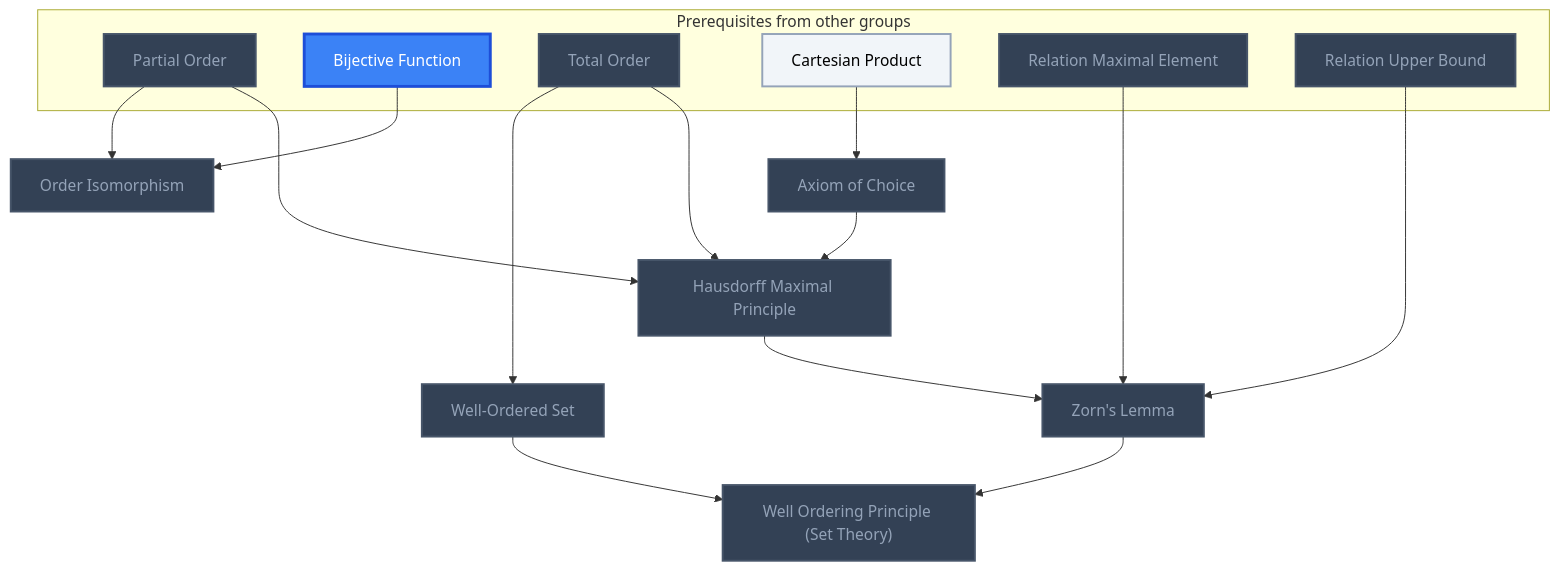
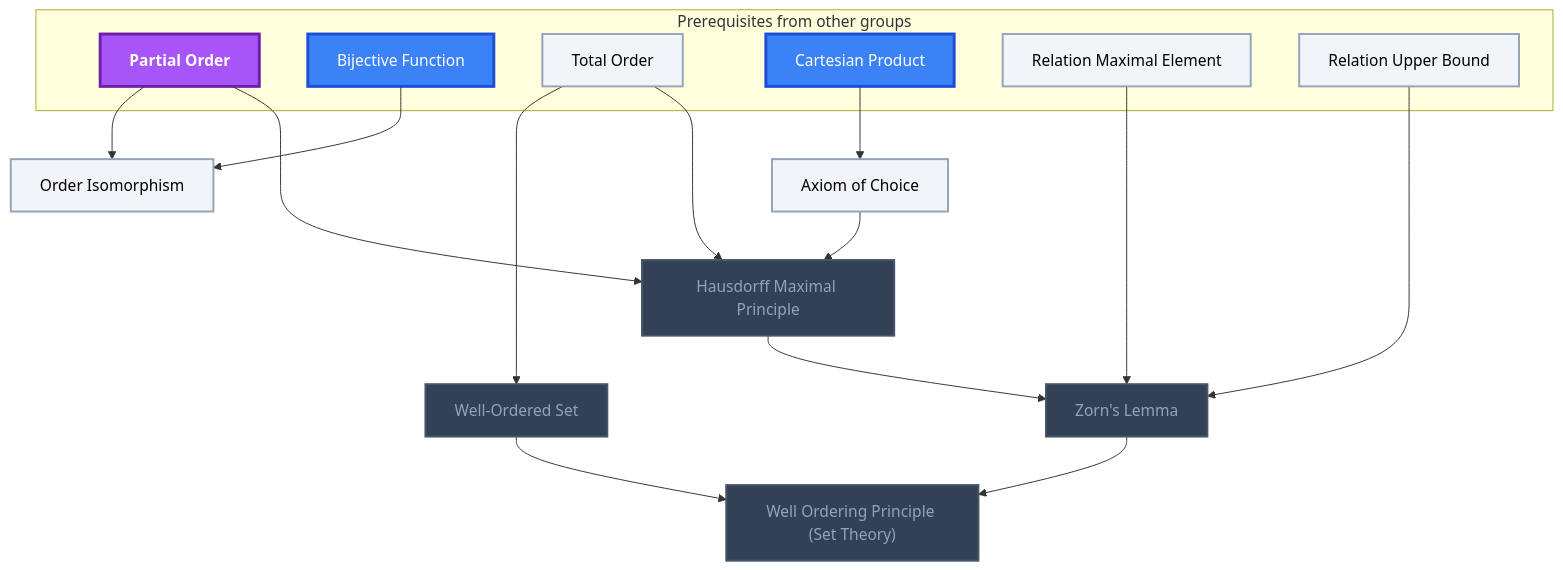
Before and after one commit to MRauf1/My-Notes: the second of 13 diagrams in Gamification/Skill Trees/Measure Theory.md, drawn with Mermaid. The commit also changed other lines of this file and 62 other files, not shown here.

````diff
--- a/Gamification/Skill Trees/Measure Theory.md
+++ b/Gamification/Skill Trees/Measure Theory.md
@@ -37,42 +40,43 @@
 ```mermaid
 flowchart TD
     classDef planned fill:#1E293B,stroke:#64748B,stroke-width:2px,stroke-dasharray:5 5,color:#94A3B8;
     classDef locked fill:#334155,stroke:#475569,stroke-width:2px,color:#94A3B8;
     classDef L0 fill:#F1F5F9,stroke:#94A3B8,stroke-width:2px,color:#000000;
     classDef L1 fill:#22C55E,stroke:#15803D,stroke-width:2px,color:#000000;
     classDef L2 fill:#3B82F6,stroke:#1D4ED8,stroke-width:3px,color:#FFFFFF;
     classDef L3 fill:#A855F7,stroke:#6B21A8,stroke-width:3px,color:#FFFFFF,font-weight:bold;
     classDef L4 fill:#F97316,stroke:#C2410C,stroke-width:4px,color:#000000,font-weight:bold;
     classDef L5 fill:#FFD700,stroke:#FF8C00,stroke-width:5px,color:#000000,font-weight:bold;
     classDef rusty stroke:#8B4513,stroke-width:4px,stroke-dasharray:3 3;
     subgraph sg_prereqs["Prerequisites from other groups"]
         n_partial_order["Partial Order"]
         n_bijective_function["Bijective Function"]
         n_total_order["Total Order"]
         n_cartesian_product["Cartesian Product"]
         n_relation_maximal_element["Relation Maximal Element"]
         n_relation_upper_bound["Relation Upper Bound"]
     end
     n_order_isomorphism["Order Isomorphism"]
     n_well_ordered_set["Well-Ordered Set"]
     n_axiom_of_choice["Axiom of Choice"]
     n_hausdorff_maximal_principle["Hausdorff Maximal Principle"]
     n_zorn_s_lemma["Zorn's Lemma"]
     n_well_ordering_principle_set_theory["Well Ordering Principle (Set Theory)"]
     n_partial_order --> n_order_isomorphism
     n_bijective_function --> n_order_isomorphism
     n_total_order --> n_well_ordered_set
     n_cartesian_product --> n_axiom_of_choice
     n_axiom_of_choice --> n_hausdorff_maximal_principle
     n_partial_order --> n_hausdorff_maximal_principle
     n_total_order --> n_hausdorff_maximal_principle
     n_hausdorff_maximal_principle --> n_zorn_s_lemma
     n_relation_maximal_element --> n_zorn_s_lemma
     n_relation_upper_bound --> n_zorn_s_lemma
     n_zorn_s_lemma --> n_well_ordering_principle_set_theory
     n_well_ordered_set --> n_well_ordering_principle_set_theory
-    class n_partial_order,n_total_order,n_relation_maximal_element,n_relation_upper_bound,n_order_isomorphism,n_well_ordered_set,n_axiom_of_choice,n_hausdorff_maximal_principle,n_zorn_s_lemma,n_well_ordering_principle_set_theory locked;
-    class n_cartesian_product L0;
-    class n_bijective_function L2;
+    class n_well_ordered_set,n_hausdorff_maximal_principle,n_zorn_s_lemma,n_well_ordering_principle_set_theory locked;
+    class n_total_order,n_relation_maximal_element,n_relation_upper_bound,n_order_isomorphism,n_axiom_of_choice L0;
+    class n_bijective_function,n_cartesian_product L2;
+    class n_partial_order L3;
     class n_partial_order,n_bijective_function,n_total_order,n_cartesian_product,n_relation_maximal_element,n_relation_upper_bound,n_order_isomorphism,n_well_ordered_set,n_axiom_of_choice,n_hausdorff_maximal_principle,n_zorn_s_lemma,n_well_ordering_principle_set_theory internal-link;
 ```
````
